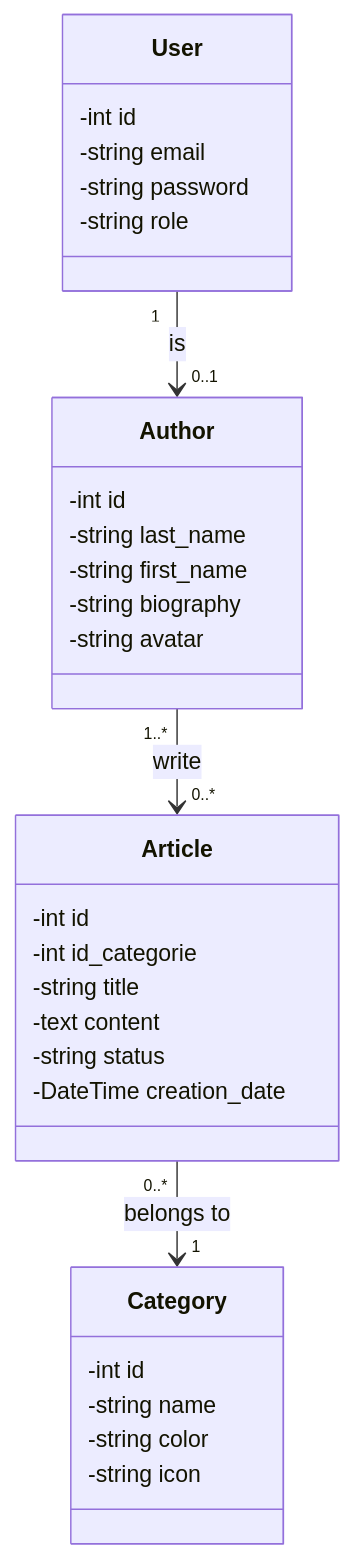
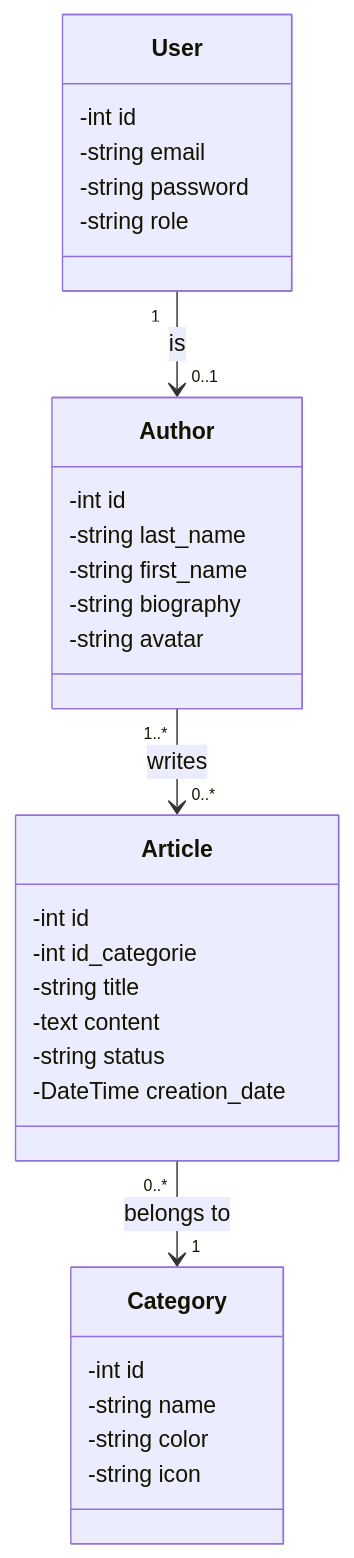
Before and after one commit to El-Morabiti-Ahmed/Tutoriels: the diagram in Live Coding Tuto/objects/BlogClass.mmd, drawn with Mermaid. The commit also changed 5 other files, not shown here.

```diff
--- a/Live Coding Tuto/objects/BlogClass.mmd
+++ b/Live Coding Tuto/objects/BlogClass.mmd
@@ -1,34 +1,34 @@
 classDiagram
     class User {
         -int id
         -string email
         -string password
         -string role
     }
 
     class Author {
         -int id
         -string last_name
         -string first_name
         -string biography
         -string avatar
     }
 
     class Article {
         -int id
         -int id_categorie
         -string title
         -text content
         -string status
         -DateTime creation_date
     }
     class Category{
         -int id
         -string name
         -string color
         -string icon
     }
 
 User "1" --> "0..1" Author: is
-Author "1..*" --> "0..*" Article: write
+Author "1..*" --> "0..*" Article: writes
 Article "0..*" --> "1" Category: belongs to
```
